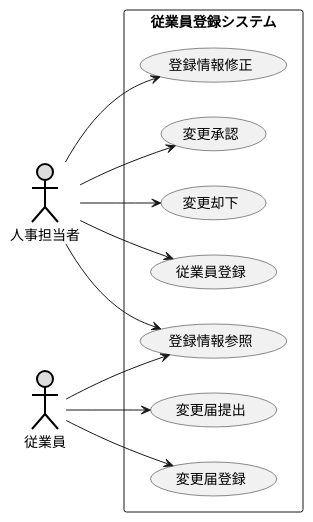
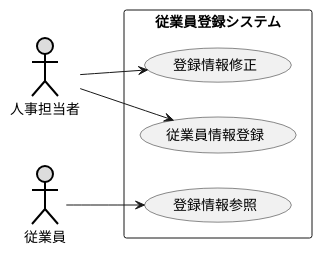
The diagram in 演習/演習2-5_盛岡システム_従業員登録システム.pu (minowa-s/uml-intro), drawn with PlantUML before and after one commit.

Commit message:
編集

```diff
--- a/演習/演習2-5_盛岡システム_従業員登録システム.pu
+++ b/演習/演習2-5_盛岡システム_従業員登録システム.pu
@@ -1,22 +1,16 @@
 @startuml ユースケース図
 left to right direction
 actor 人事担当者 #DDDDDD;line:black;line.bold;
 actor 従業員#DDDDDD;line:black;line.bold;
 rectangle 従業員登録システム{
-usecase 従業員登録 
+usecase 従業員情報登録 
 usecase 登録情報参照
-usecase 変更届提出
-usecase 変更届登録
+
 usecase 登録情報修正
-usecase 変更承認
-usecase 変更却下
+
 }
-人事担当者 -->従業員登録
+人事担当者 -->従業員情報登録
 人事担当者 -->登録情報修正
-人事担当者 -->変更承認
-人事担当者 -->変更却下
-人事担当者 -->登録情報参照
 従業員 -->登録情報参照
-従業員 -->変更届提出
-従業員 -->変更届登録
+
 @enduml
```
